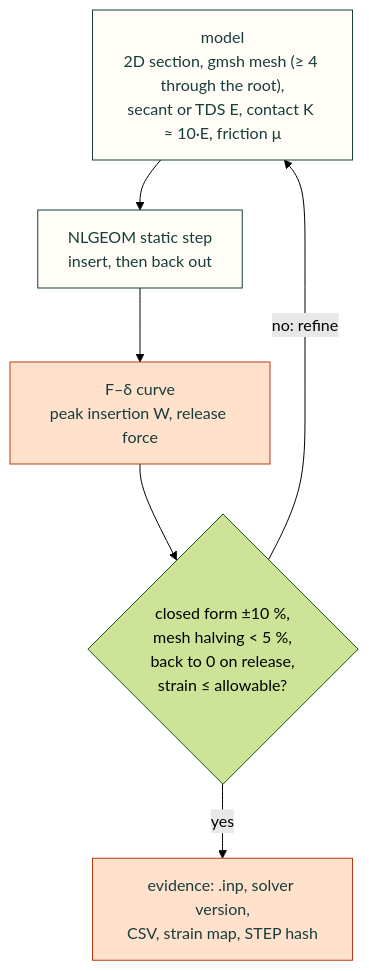
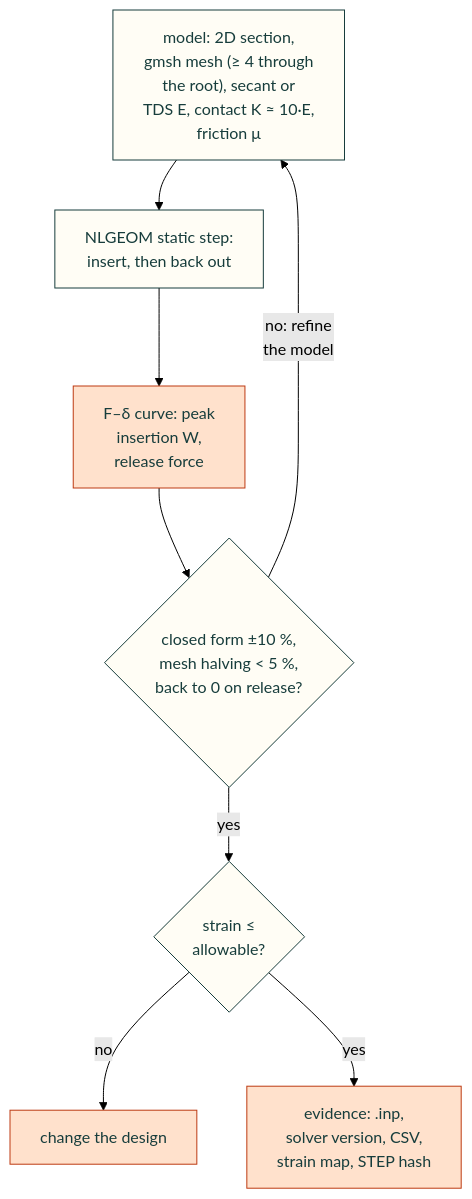
Before and after one commit to Valpatel/cad-agent: the diagram in research/fea-and-process-tools.md, drawn with Mermaid (forest theme). The commit also changed 8 other files, not shown here.

First line of the commit message:
Answer the second #124 review: palette in the parsed diagram, data-sheet rows only

````diff
--- a/research/fea-and-process-tools.md
+++ b/research/fea-and-process-tools.md
@@ -51,13 +51,15 @@
 ```mermaid
 flowchart TD
-    M["model<br/>2D section, gmsh mesh (≥ 4 through the root),<br/>secant or TDS E, contact K ≈ 10·E, friction μ"] --> St["NLGEOM static step<br/>insert, then back out"]
-    St --> Out["F–δ curve<br/>peak insertion W, release force"]
-    Out --> Acc{"closed form ±10 %,<br/>mesh halving < 5 %,<br/>back to 0 on release,<br/>strain ≤ allowable?"}
-    Acc -->|"yes"| Ev["evidence: .inp, solver version,<br/>CSV, strain map, STEP hash"]
-    Acc -->|"no: refine"| M
+    M["model: 2D section,<br/>gmsh mesh (≥ 4 through<br/>the root), secant or<br/>TDS E, contact K ≈ 10·E,<br/>friction μ"] --> St["NLGEOM static step:<br/>insert, then back out"]
+    St --> Out["F–δ curve: peak<br/>insertion W,<br/>release force"]
+    Out --> Acc{"closed form ±10 %,<br/>mesh halving < 5 %,<br/>back to 0 on release?"}
+    Acc -->|"no: refine<br/>the model"| M
+    Acc -->|"yes"| Sa{"strain ≤<br/>allowable?"}
+    Sa -->|"no"| Dz["change the design"]
+    Sa -->|"yes"| Ev["evidence: .inp,<br/>solver version, CSV,<br/>strain map, STEP hash"]
     classDef here fill:#fffdf5,stroke:#173d3c,color:#173d3c
     classDef near fill:#eef1e4,stroke:#6f8a80,color:#173d3c
     classDef out fill:#ffe1cc,stroke:#bd3a12,color:#173d3c
-    class M,St here
-    class Out,Ev out
+    class M,St,Acc,Sa here
+    class Out,Ev,Dz out
 ```
````
